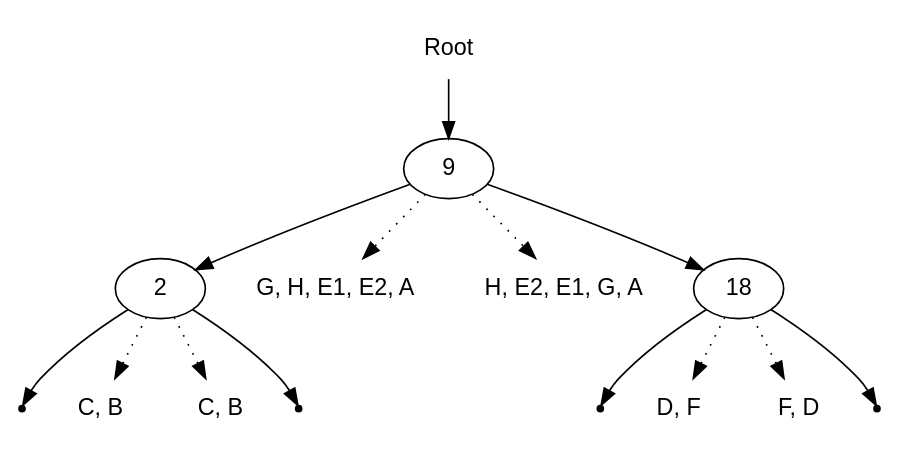
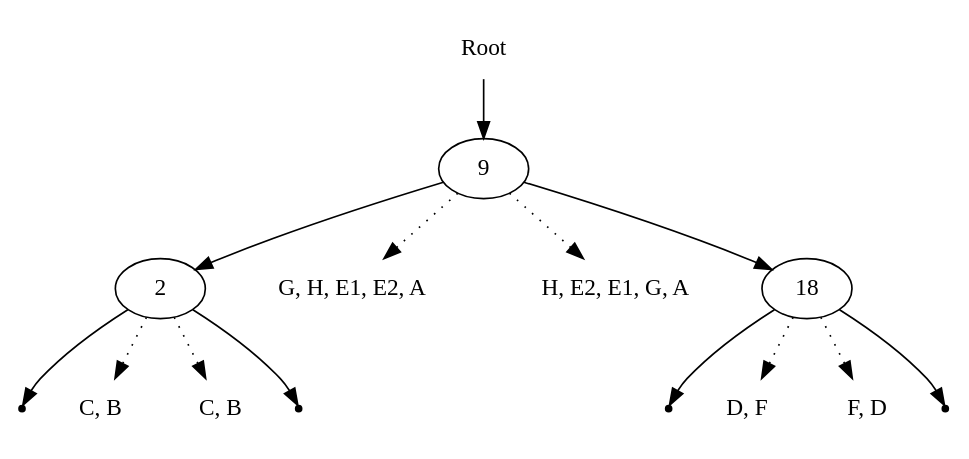
The diagram in C5.Tests/intervaled/data/static_interval_tree.gv (lundmikkel/C5), drawn with Graphviz before and after one commit. The commit also changed 6 other files, not shown here.

```diff
--- a/C5.Tests/intervaled/data/static_interval_tree.gv
+++ b/C5.Tests/intervaled/data/static_interval_tree.gv
@@ -1,29 +1,29 @@
 digraph StaticIntervalTree {
-	root [fontname=helvetica,shape=plaintext,label="Root"];
-	node0 [fontname=helvetica,label="9"];
+	root [fontname=consolas,shape=plaintext,label="Root"];
+	node0 [fontname=consolas,label="9"];
 	root -> node0;
-	node1 [fontname=helvetica,label="2"];
+	node1 [fontname=consolas,label="2"];
 	node0 -> node1;
 	leaf0 [shape=point];
 	node1 -> leaf0;
-	node1left [fontname=helvetica,shape=plaintext, label="C, B"];
+	node1left [fontname=consolas,shape=plaintext, label="C, B"];
 	node1 -> node1left [style=dotted];
-	node1right [fontname=helvetica,shape=plaintext, label="C, B"];
+	node1right [fontname=consolas,shape=plaintext, label="C, B"];
 	node1 -> node1right [style=dotted];
 	leaf1 [shape=point];
 	node1 -> leaf1;
-	node0left [fontname=helvetica,shape=plaintext, label="G, H, E1, E2, A"];
+	node0left [fontname=consolas,shape=plaintext, label="G, H, E1, E2, A"];
 	node0 -> node0left [style=dotted];
-	node0right [fontname=helvetica,shape=plaintext, label="H, E2, E1, G, A"];
+	node0right [fontname=consolas,shape=plaintext, label="H, E2, E1, G, A"];
 	node0 -> node0right [style=dotted];
-	node2 [fontname=helvetica,label="18"];
+	node2 [fontname=consolas,label="18"];
 	node0 -> node2;
 	leaf2 [shape=point];
 	node2 -> leaf2;
-	node2left [fontname=helvetica,shape=plaintext, label="D, F"];
+	node2left [fontname=consolas,shape=plaintext, label="D, F"];
 	node2 -> node2left [style=dotted];
-	node2right [fontname=helvetica,shape=plaintext, label="F, D"];
+	node2right [fontname=consolas,shape=plaintext, label="F, D"];
 	node2 -> node2right [style=dotted];
 	leaf3 [shape=point];
 	node2 -> leaf3;
 }
```
